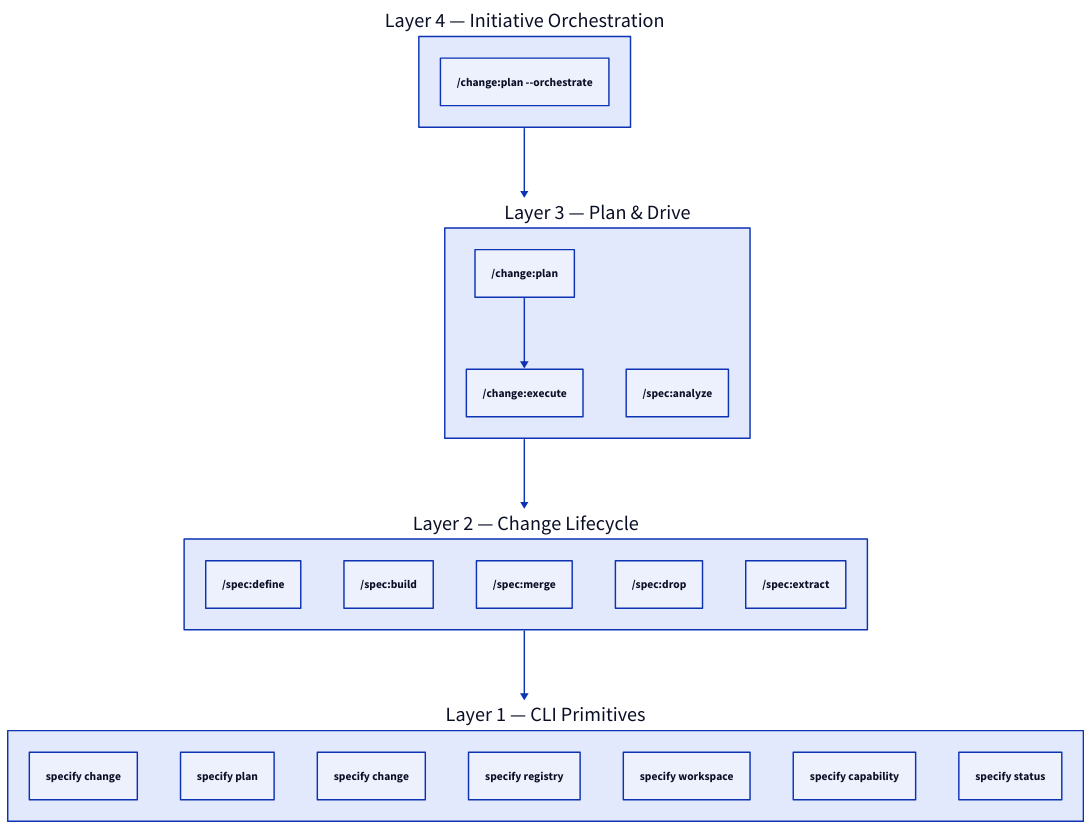
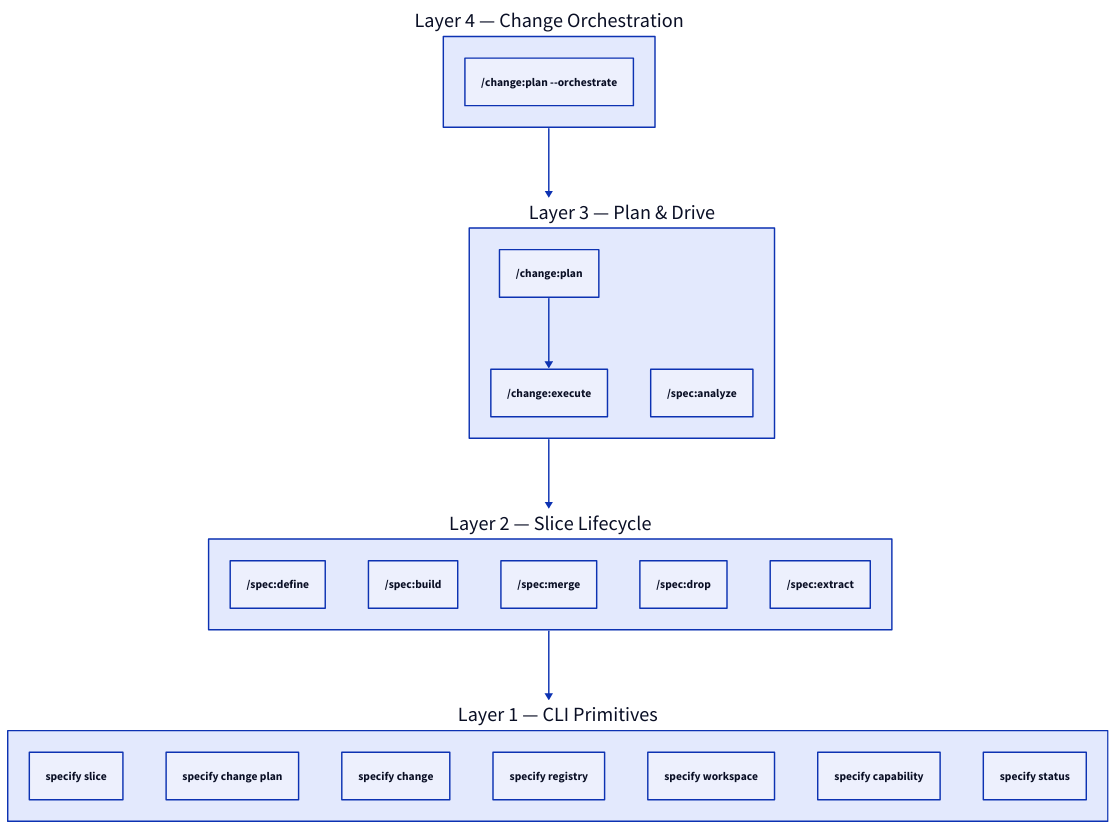
Before and after one commit to augentic/anvil: the diagram in docs/explanation/three-layer-stack.md, drawn with D2. The commit also changed other lines of this file and 53 other files, not shown here.

````diff
--- a/docs/explanation/three-layer-stack.md
+++ b/docs/explanation/three-layer-stack.md
@@ -7,36 +7,36 @@
 ```d2
 direction: down
 
-Layer4: "Layer 4 — Initiative Orchestration" {
-  initiative: "/change:plan --orchestrate"
+Layer4: "Layer 4 — Change Orchestration" {
+  orchestrate: "/change:plan --orchestrate"
 }
 
 Layer3: "Layer 3 — Plan & Drive" {
   plan: "/change:plan"
   execute: "/change:execute"
   analyze: "/spec:analyze"
   plan -> execute
 }
 
-Layer2: "Layer 2 — Change Lifecycle" {
+Layer2: "Layer 2 — Slice Lifecycle" {
   define: "/spec:define"
   build: "/spec:build"
   mergeSkill: "/spec:merge"
   drop: "/spec:drop"
   extract: "/spec:extract"
 }
 
 Layer1: "Layer 1 — CLI Primitives" {
+  sliceCli: "specify slice"
+  planCli: "specify change plan"
   changeCli: "specify change"
-  planCli: "specify plan"
-  initCli: "specify change"
   registryCli: "specify registry"
   workspaceCli: "specify workspace"
   capabilityCli: "specify capability"
   statusCli: "specify status"
 }
 
 Layer4 -> Layer3
 Layer3 -> Layer2
 Layer2 -> Layer1
 ```
````
